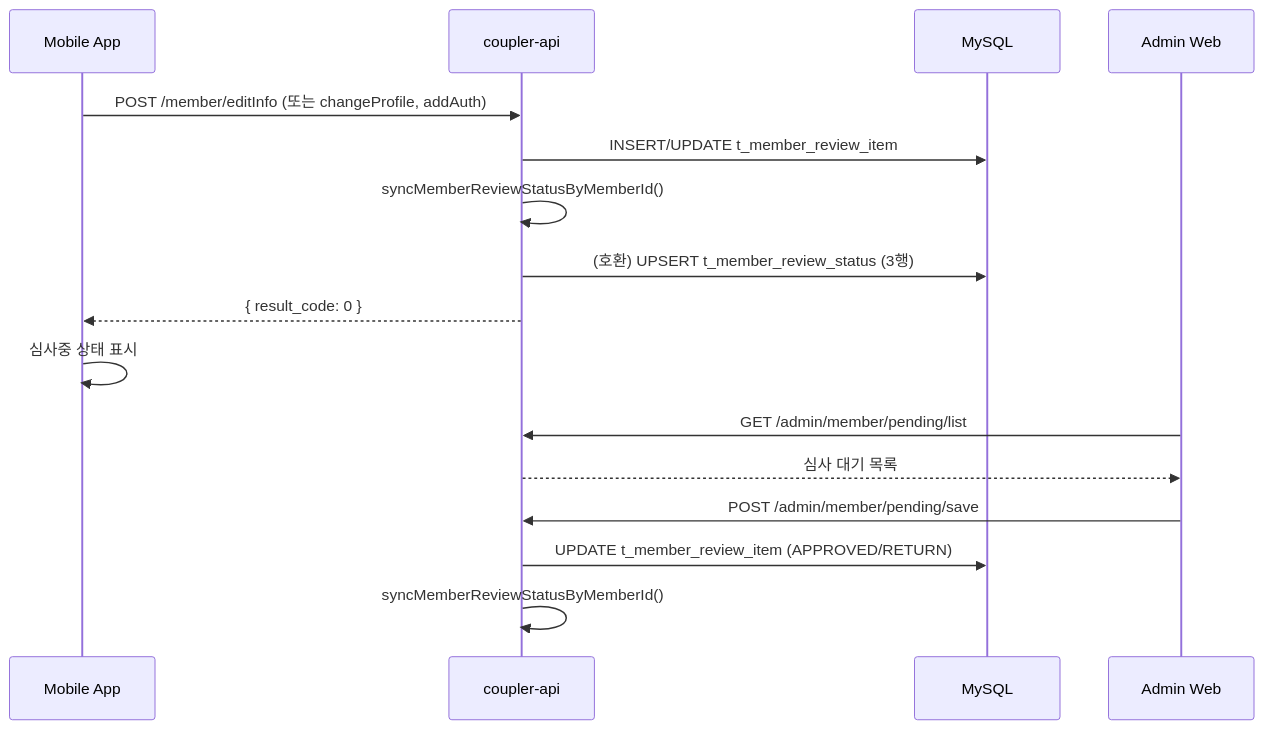
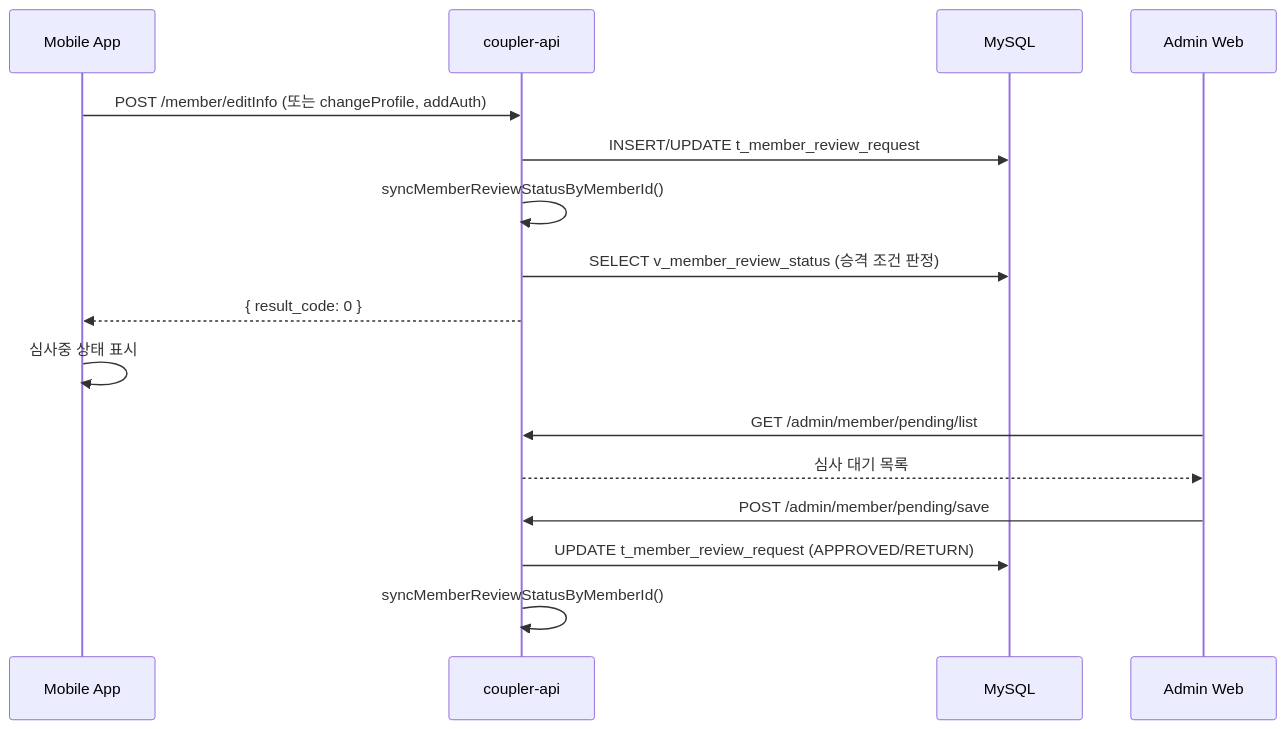
One commit to coupler-developer/docs changed the diagram in content/flows/cross-project/profile-management-flow.md. Above: the diagram before and after it, drawn with Mermaid. The commit also changed other lines of this file and 6 other files, not shown here.

````diff
--- a/content/flows/cross-project/profile-management-flow.md
+++ b/content/flows/cross-project/profile-management-flow.md
@@ -33,20 +33,20 @@
 ```mermaid
 sequenceDiagram
     participant App as Mobile App
     participant API as coupler-api
     participant DB as MySQL
     participant Admin as Admin Web
 
     App->>API: POST /member/editInfo (또는 changeProfile, addAuth)
-    API->>DB: INSERT/UPDATE t_member_review_item
+    API->>DB: INSERT/UPDATE t_member_review_request
     API->>API: syncMemberReviewStatusByMemberId()
-    API->>DB: (호환) UPSERT t_member_review_status (3행)
+    API->>DB: SELECT v_member_review_status (승격 조건 판정)
     API-->>App: { result_code: 0 }
     App->>App: 심사중 상태 표시
 
     Admin->>API: GET /admin/member/pending/list
     API-->>Admin: 심사 대기 목록
     Admin->>API: POST /admin/member/pending/save
-    API->>DB: UPDATE t_member_review_item (APPROVED/RETURN)
+    API->>DB: UPDATE t_member_review_request (APPROVED/RETURN)
     API->>API: syncMemberReviewStatusByMemberId()
 ```
````
